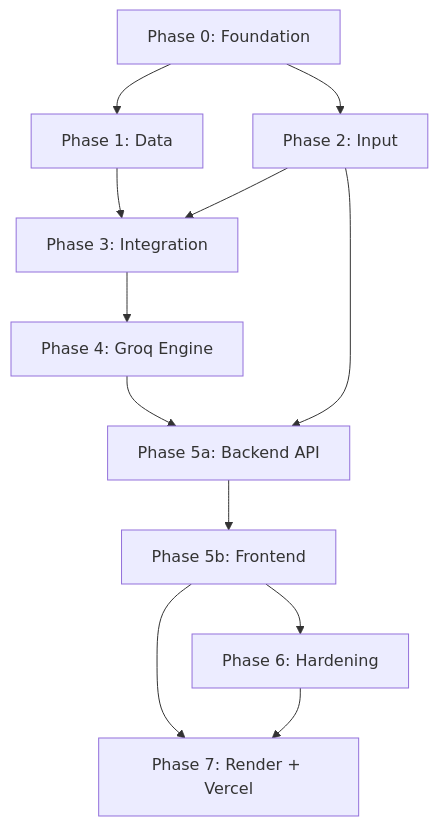
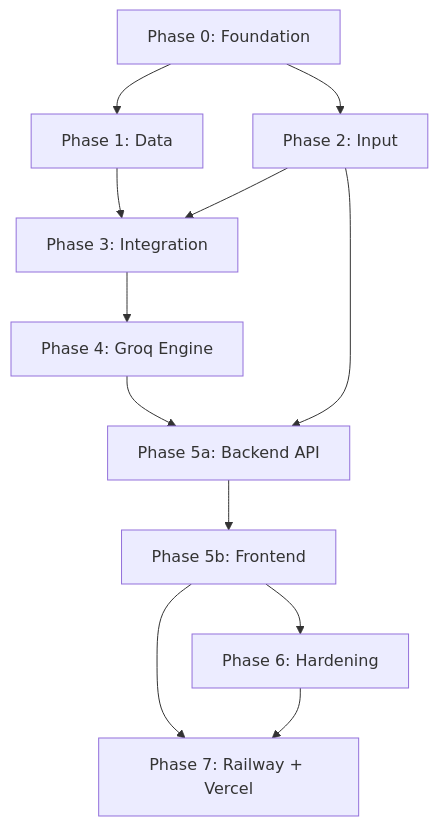
The seventh of 7 diagrams in Docs/PhaseWiseArchitecture.md (Somu639/Zomato-Final), drawn with Mermaid before and after one commit. The commit also changed other lines of this file and 22 other files, not shown here.

Commit message:
Switch backend deployment from Render to Railway

````diff
--- a/Docs/PhaseWiseArchitecture.md
+++ b/Docs/PhaseWiseArchitecture.md
@@ -617,24 +621,24 @@
 ```mermaid
 flowchart TD
     P0[Phase 0: Foundation]
     P1[Phase 1: Data]
     P2[Phase 2: Input]
     P3[Phase 3: Integration]
     P4[Phase 4: Groq Engine]
     P5A[Phase 5a: Backend API]
     P5B[Phase 5b: Frontend]
     P6[Phase 6: Hardening]
-    P7[Phase 7: Render + Vercel]
+    P7[Phase 7: Railway + Vercel]
 
     P0 --> P1
     P0 --> P2
     P1 --> P3
     P2 --> P3
     P3 --> P4
     P4 --> P5A
     P2 --> P5A
     P5A --> P5B
     P5B --> P6
     P5B --> P7
     P6 --> P7
 ```
````
